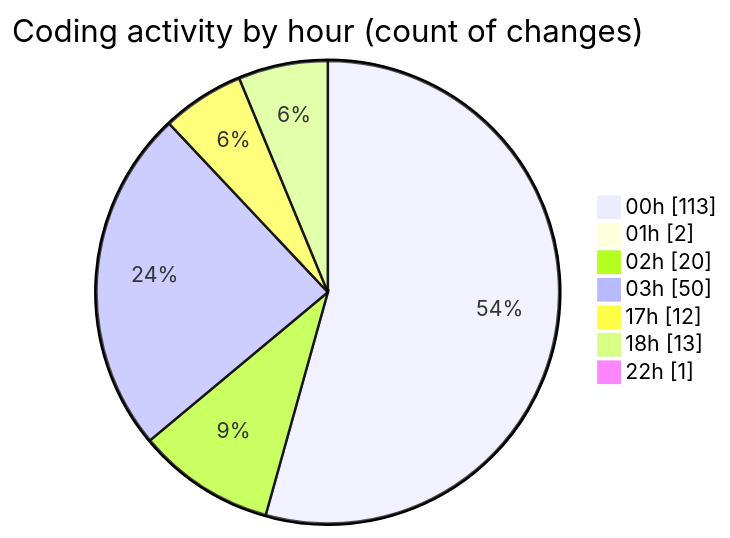
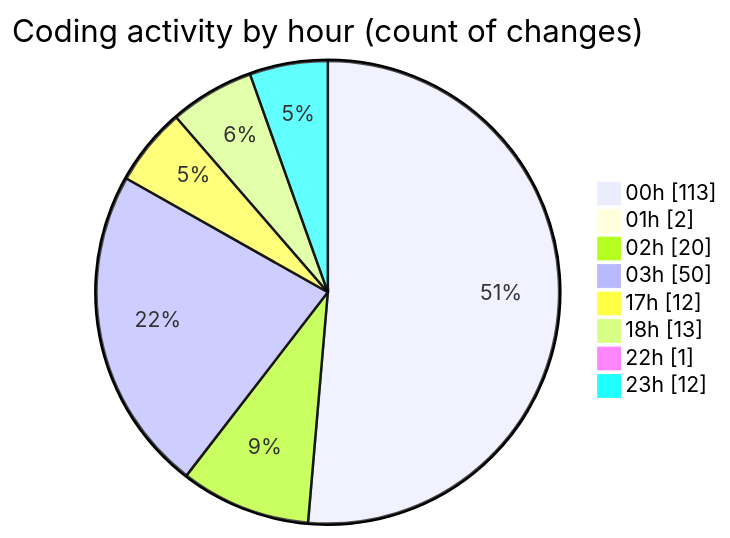
One commit to lephambinh05/code-tracking changed the second of 2 diagrams in 2025-08-06/napxuvn/README.md. Above: the diagram before and after it, drawn with Mermaid. The commit also changed other lines of this file and 1 other file, not shown here.

````diff
--- a/2025-08-06/napxuvn/README.md
+++ b/2025-08-06/napxuvn/README.md
@@ -130,11 +136,12 @@
 ```mermaid
 pie showData
 title Coding activity by hour (count of changes)
 "00h" : 113
 "01h" : 2
 "02h" : 20
 "03h" : 50
 "17h" : 12
 "18h" : 13
 "22h" : 1
+"23h" : 12
 ```
````
